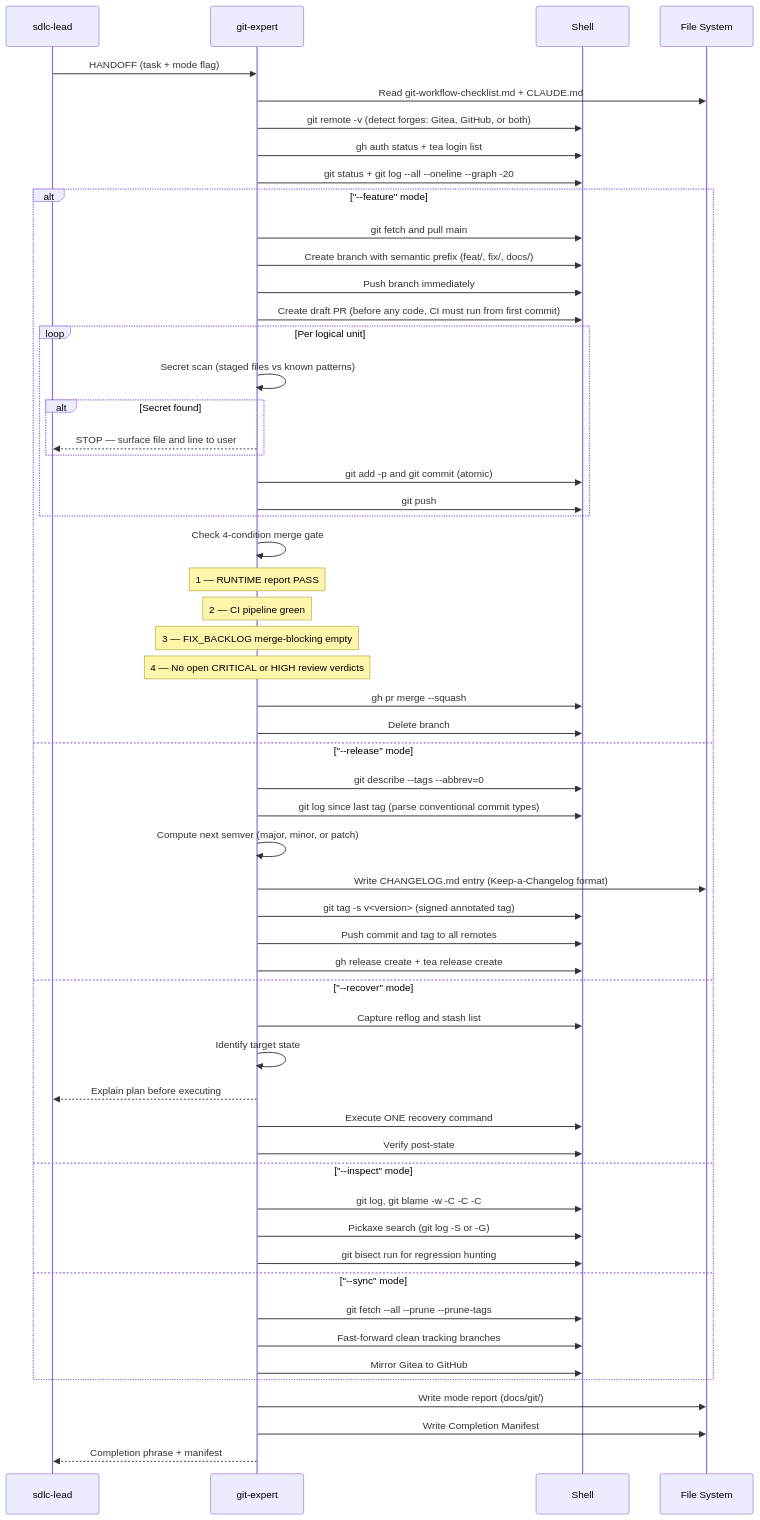
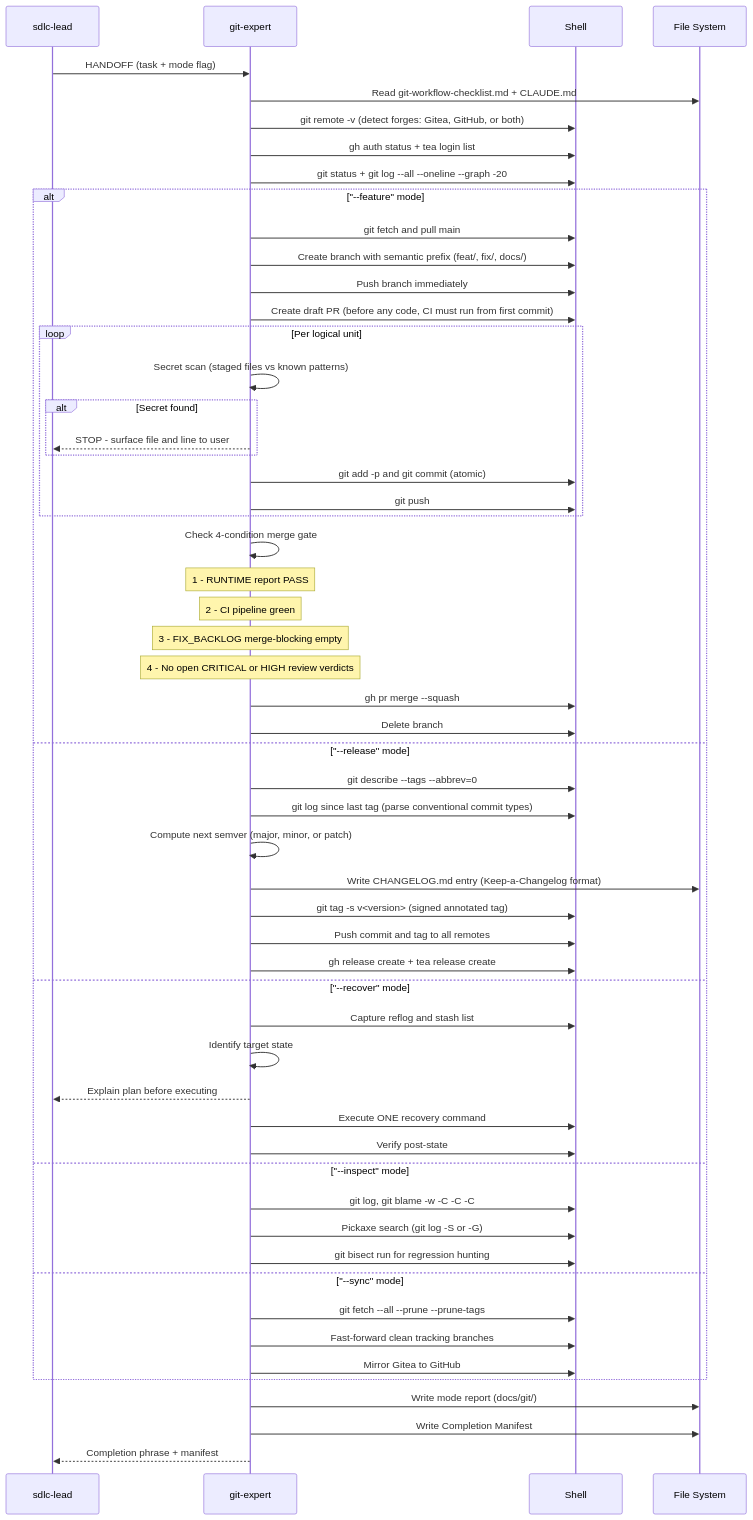
The diagram in docs/review/05-agents/16-git-expert.md (bpmforge/attest), drawn with Mermaid before and after one commit. The commit also changed 28 other files, not shown here.

First line of the commit message:
docs: refresh all docs for v1.1-v1.6 + autofix mermaid in review book

````diff
--- a/docs/review/05-agents/16-git-expert.md
+++ b/docs/review/05-agents/16-git-expert.md
@@ -13,63 +13,63 @@
 ```mermaid
 sequenceDiagram
     participant LEAD as sdlc-lead
     participant GIT as git-expert
     participant SH as Shell
     participant FS as File System
 
     LEAD->>GIT: HANDOFF (task + mode flag)
     GIT->>FS: Read git-workflow-checklist.md + CLAUDE.md
     GIT->>SH: git remote -v (detect forges: Gitea, GitHub, or both)
     GIT->>SH: gh auth status + tea login list
     GIT->>SH: git status + git log --all --oneline --graph -20
 
     alt "--feature" mode
         GIT->>SH: git fetch and pull main
         GIT->>SH: Create branch with semantic prefix (feat/, fix/, docs/)
         GIT->>SH: Push branch immediately
         GIT->>SH: Create draft PR (before any code, CI must run from first commit)
 
         loop Per logical unit
             GIT->>GIT: Secret scan (staged files vs known patterns)
             alt Secret found
-                GIT-->>LEAD: STOP — surface file and line to user
+                GIT-->>LEAD: STOP - surface file and line to user
             end
             GIT->>SH: git add -p and git commit (atomic)
             GIT->>SH: git push
         end
 
         GIT->>GIT: Check 4-condition merge gate
-        Note over GIT: 1 — RUNTIME report PASS
-        Note over GIT: 2 — CI pipeline green
-        Note over GIT: 3 — FIX_BACKLOG merge-blocking empty
-        Note over GIT: 4 — No open CRITICAL or HIGH review verdicts
+        Note over GIT: 1 - RUNTIME report PASS
+        Note over GIT: 2 - CI pipeline green
+        Note over GIT: 3 - FIX_BACKLOG merge-blocking empty
+        Note over GIT: 4 - No open CRITICAL or HIGH review verdicts
         GIT->>SH: gh pr merge --squash
         GIT->>SH: Delete branch
     else "--release" mode
         GIT->>SH: git describe --tags --abbrev=0
         GIT->>SH: git log since last tag (parse conventional commit types)
         GIT->>GIT: Compute next semver (major, minor, or patch)
         GIT->>FS: Write CHANGELOG.md entry (Keep-a-Changelog format)
         GIT->>SH: git tag -s v<version> (signed annotated tag)
         GIT->>SH: Push commit and tag to all remotes
         GIT->>SH: gh release create + tea release create
     else "--recover" mode
         GIT->>SH: Capture reflog and stash list
         GIT->>GIT: Identify target state
         GIT-->>LEAD: Explain plan before executing
         GIT->>SH: Execute ONE recovery command
         GIT->>SH: Verify post-state
     else "--inspect" mode
         GIT->>SH: git log, git blame -w -C -C -C
         GIT->>SH: Pickaxe search (git log -S or -G)
         GIT->>SH: git bisect run for regression hunting
     else "--sync" mode
         GIT->>SH: git fetch --all --prune --prune-tags
         GIT->>SH: Fast-forward clean tracking branches
         GIT->>SH: Mirror Gitea to GitHub
     end
 
     GIT->>FS: Write mode report (docs/git/)
     GIT->>FS: Write Completion Manifest
     GIT-->>LEAD: Completion phrase + manifest
 ```
````
